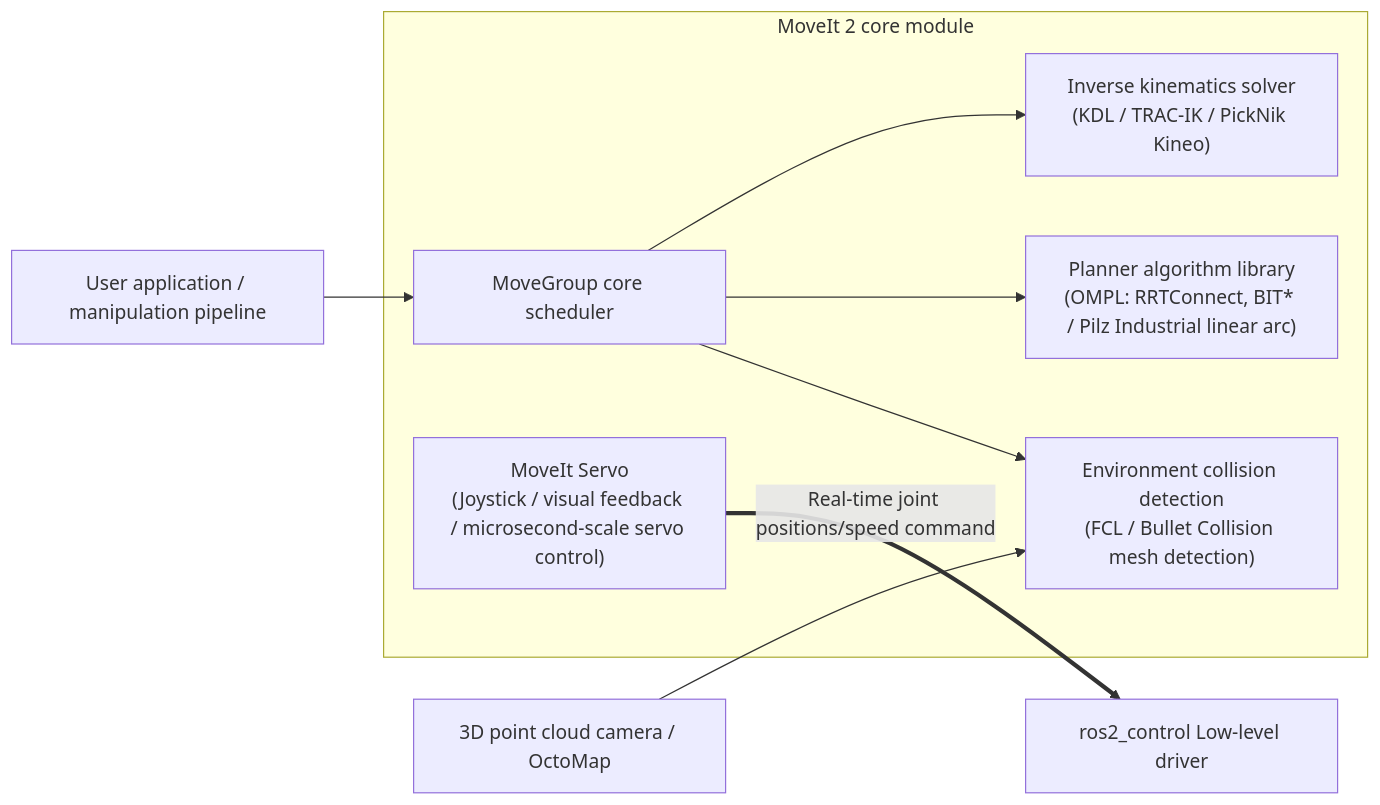
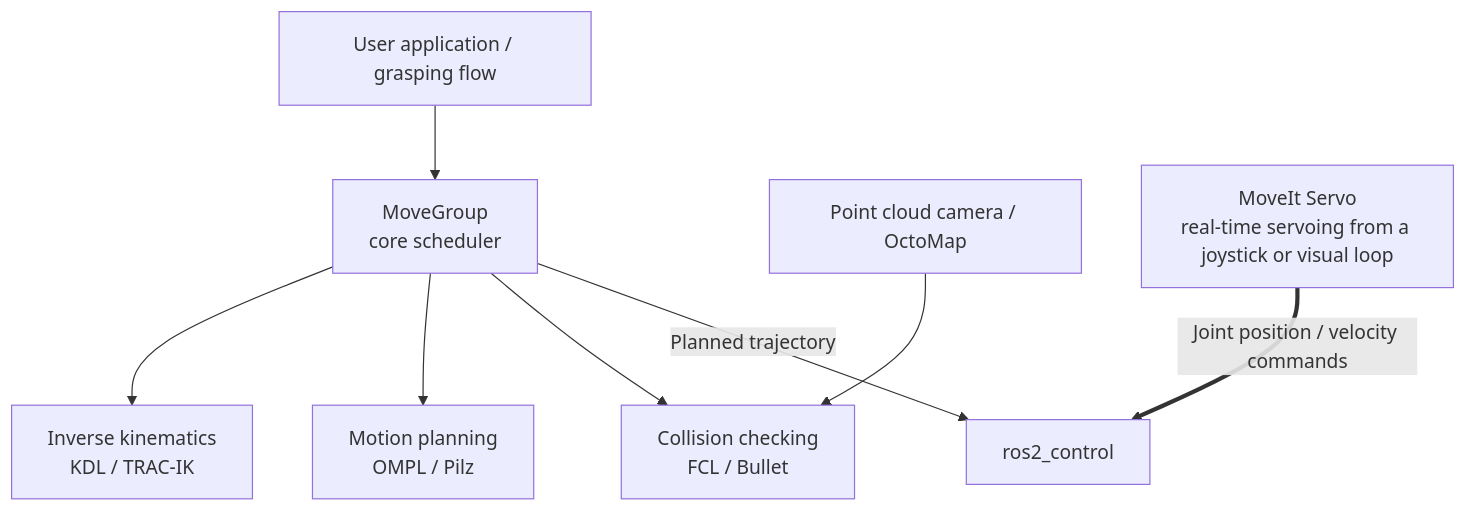
Before and after one commit to GaryLee1210/GaryLee1210.github.io: diagram 18 of 21 in _translations/en/research/ROS2-Survey.md, drawn with Mermaid. The commit also changed other lines of this file and 51 other files, not shown here.

````diff
--- a/_translations/en/research/ROS2-Survey.md
+++ b/_translations/en/research/ROS2-Survey.md
@@ -1087,15 +985,10 @@
 ```mermaid
-flowchart LR
-    subgraph MoveIt2["MoveIt 2 core module"]
-        MG["MoveGroup core scheduler"]
-        IK["Inverse kinematics solver<br/>(KDL / TRAC-IK / PickNik Kineo)"]
-        Plan["Planner algorithm library<br/>(OMPL: RRTConnect, BIT* / Pilz Industrial linear arc)"]
-        Coll["Environment collision detection<br/>(FCL / Bullet Collision mesh detection)"]
-        Servo["MoveIt Servo<br/>(Joystick / visual feedback / microsecond-scale servo control)"]
-    end
-
-    UserApp["User application / manipulation pipeline"] --> MG
-    SensorCloud["3D point cloud camera / OctoMap"] --> Coll
-    MG --> IK & Plan & Coll
-    Servo ==>|"Real-time joint positions/speed command"| RosControl["ros2_control Low-level driver"]
+flowchart TB
+    UserApp["User application / grasping flow"] --> MG["MoveGroup<br/>core scheduler"]
+    MG --> IK["Inverse kinematics<br/>KDL / TRAC-IK"]
+    MG --> Plan["Motion planning<br/>OMPL / Pilz"]
+    MG --> Coll["Collision checking<br/>FCL / Bullet"]
+    SensorCloud["Point cloud camera / OctoMap"] --> Coll
+    Servo["MoveIt Servo<br/>real-time servoing from a joystick or visual loop"] ==>|Joint position / velocity commands| RosControl["ros2_control"]
+    MG -->|Planned trajectory| RosControl
 ```
````
